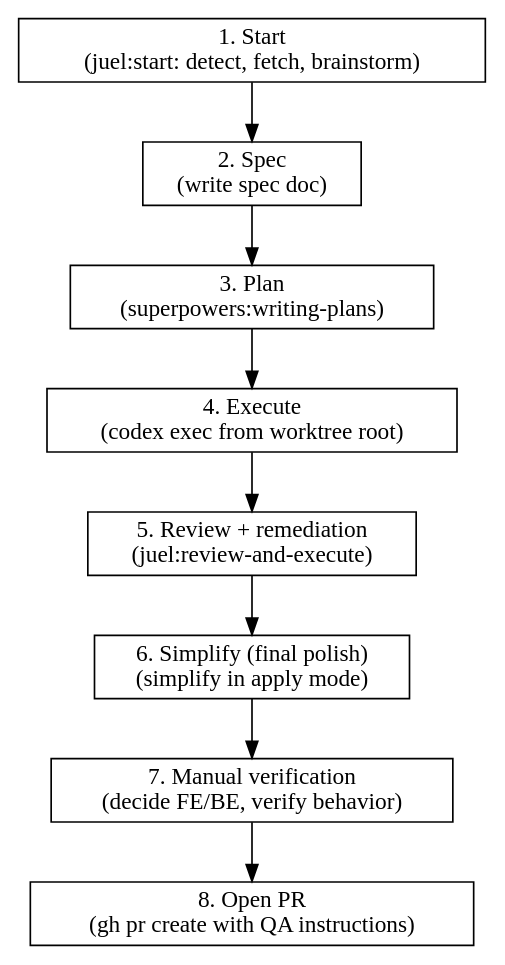
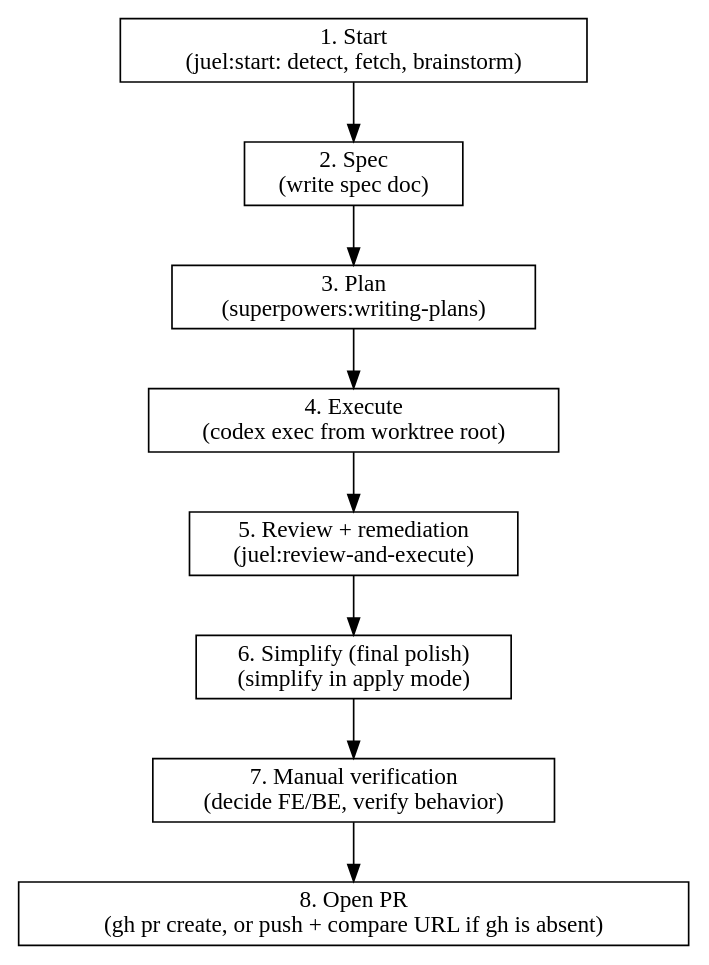
The diagram in skills/ship-ticket/SKILL.md (jrsgacusan/juel-claude), drawn with Graphviz before and after one commit. The commit also changed other lines of this file and 1 other file, not shown here.

````diff
--- a/skills/ship-ticket/SKILL.md
+++ b/skills/ship-ticket/SKILL.md
@@ -254,14 +255,14 @@
 ```dot
 digraph flow {
     rankdir=TB; node [shape=box];
     p1 [label="1. Start\n(juel:start: detect, fetch, brainstorm)"];
     p2 [label="2. Spec\n(write spec doc)"];
     p3 [label="3. Plan\n(superpowers:writing-plans)"];
     p4 [label="4. Execute\n(codex exec from worktree root)"];
     p5 [label="5. Review + remediation\n(juel:review-and-execute)"];
     p6 [label="6. Simplify (final polish)\n(simplify in apply mode)"];
     p7 [label="7. Manual verification\n(decide FE/BE, verify behavior)"];
-    p8 [label="8. Open PR\n(gh pr create with QA instructions)"];
+    p8 [label="8. Open PR\n(gh pr create, or push + compare URL if gh is absent)"];
     p1 -> p2 -> p3 -> p4 -> p5 -> p6 -> p7 -> p8;
 }
 ```
````
